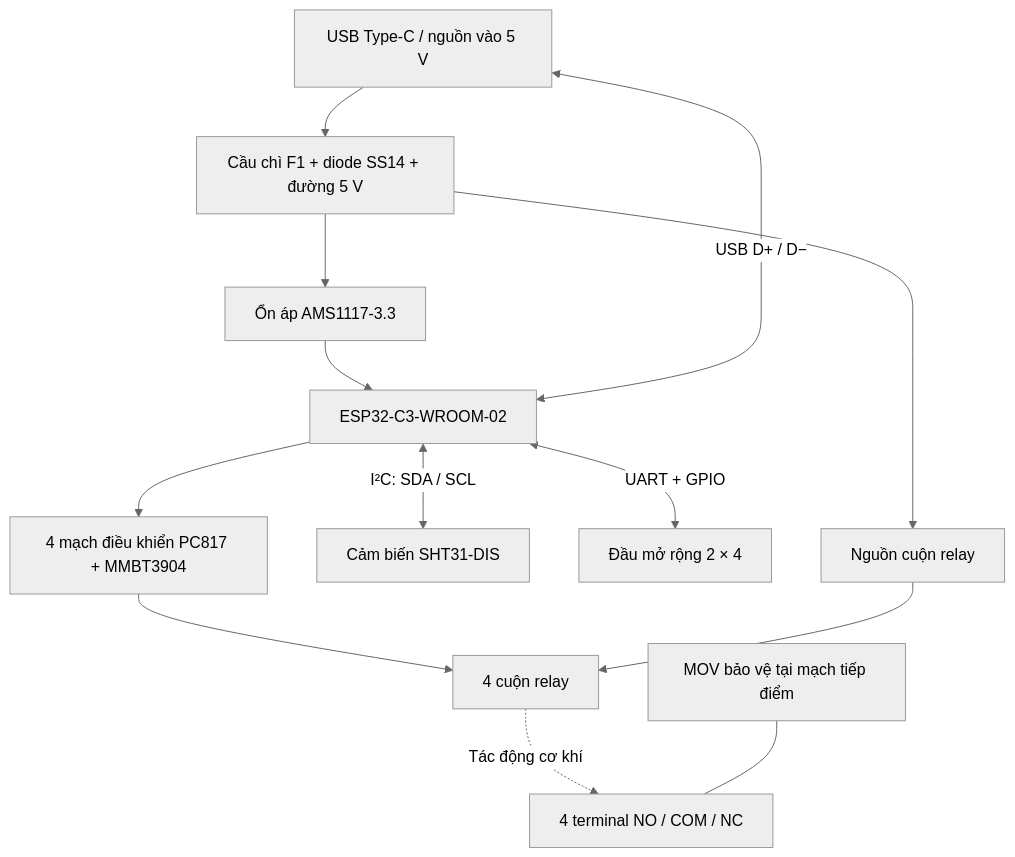
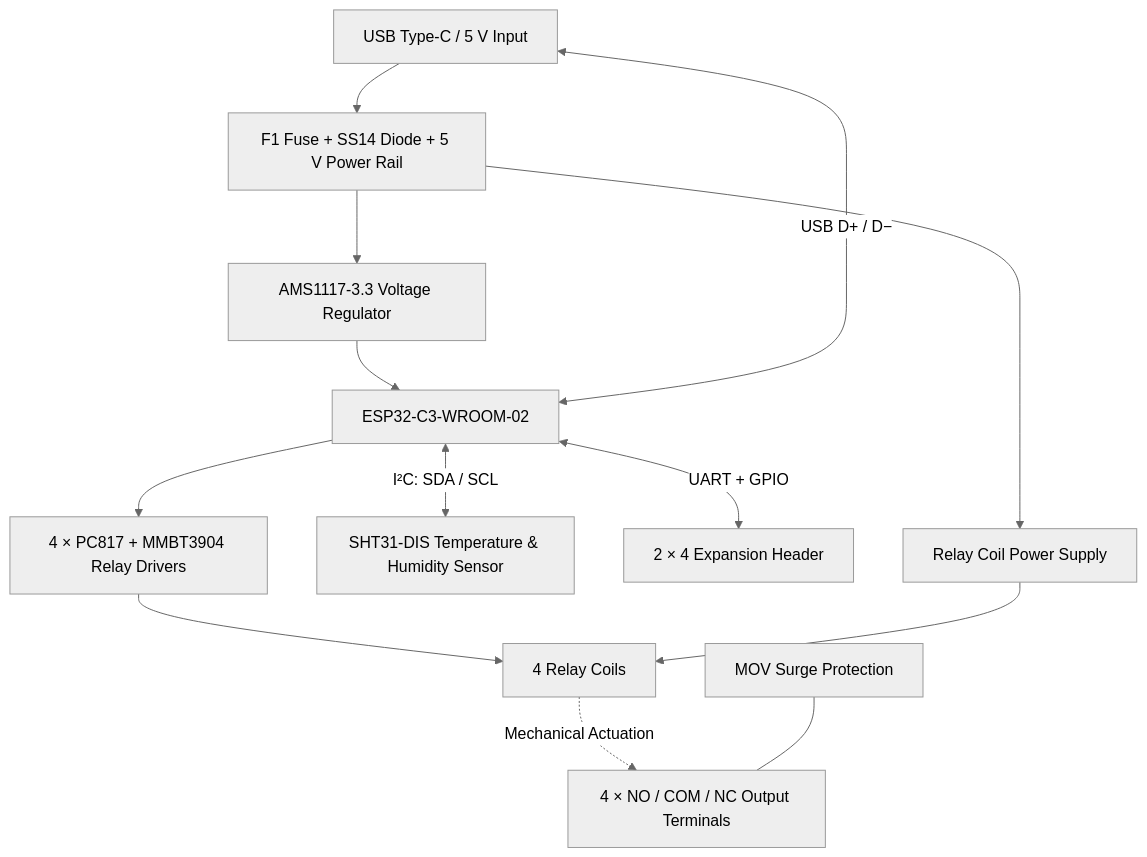
Before and after one commit to minhtenlado/esp32-4-channel-relays-temp: the diagram in README.md, drawn with Mermaid (neutral theme). The commit also changed other lines of this file, not shown here.

Commit message:
Update system block diagram to English

````diff
--- a/README.md
+++ b/README.md
@@ -75,15 +75,15 @@
 ```mermaid
 flowchart TB
-    USB["USB Type-C / nguồn vào 5 V"] --> PWR["Cầu chì F1 + diode SS14 + đường 5 V"]
-    PWR --> LDO["Ổn áp AMS1117-3.3"]
+    USB["USB Type-C / 5 V Input"] --> PWR["F1 Fuse + SS14 Diode + 5 V Power Rail"]
+    PWR --> LDO["AMS1117-3.3 Voltage Regulator"]
     LDO --> ESP["ESP32-C3-WROOM-02"]
-    PWR --> RELAYPOWER["Nguồn cuộn relay"]
+    PWR --> RELAYPOWER["Relay Coil Power Supply"]
     USB <-->|"USB D+ / D−"| ESP
-    ESP <-->|"I²C: SDA / SCL"| SHT["Cảm biến SHT31-DIS"]
-    ESP <-->|"UART + GPIO"| HDR["Đầu mở rộng 2 × 4"]
-    ESP --> DRV["4 mạch điều khiển PC817 + MMBT3904"]
-    DRV --> COILS["4 cuộn relay"]
+    ESP <-->|"I²C: SDA / SCL"| SHT["SHT31-DIS Temperature & Humidity Sensor"]
+    ESP <-->|"UART + GPIO"| HDR["2 × 4 Expansion Header"]
+    ESP --> DRV["4 × PC817 + MMBT3904 Relay Drivers"]
+    DRV --> COILS["4 Relay Coils"]
     RELAYPOWER --> COILS
-    COILS -. "Tác động cơ khí" .-> CONTACTS["4 terminal NO / COM / NC"]
-    MOV["MOV bảo vệ tại mạch tiếp điểm"] --- CONTACTS
+    COILS -. "Mechanical Actuation" .-> CONTACTS["4 × NO / COM / NC Output Terminals"]
+    MOV["MOV Surge Protection"] --- CONTACTS
 ```
````
